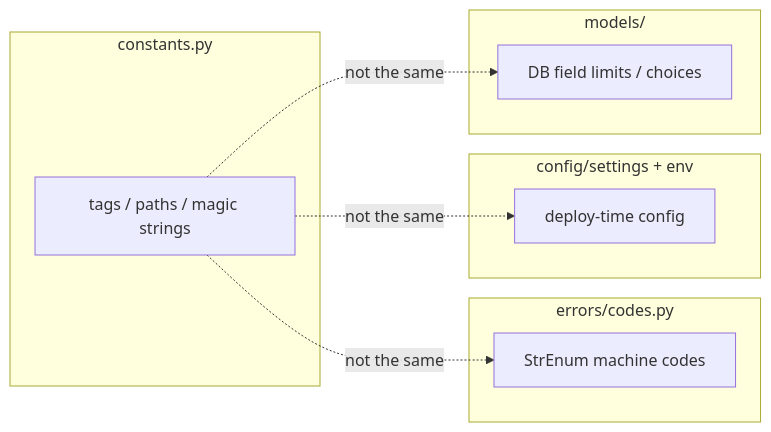
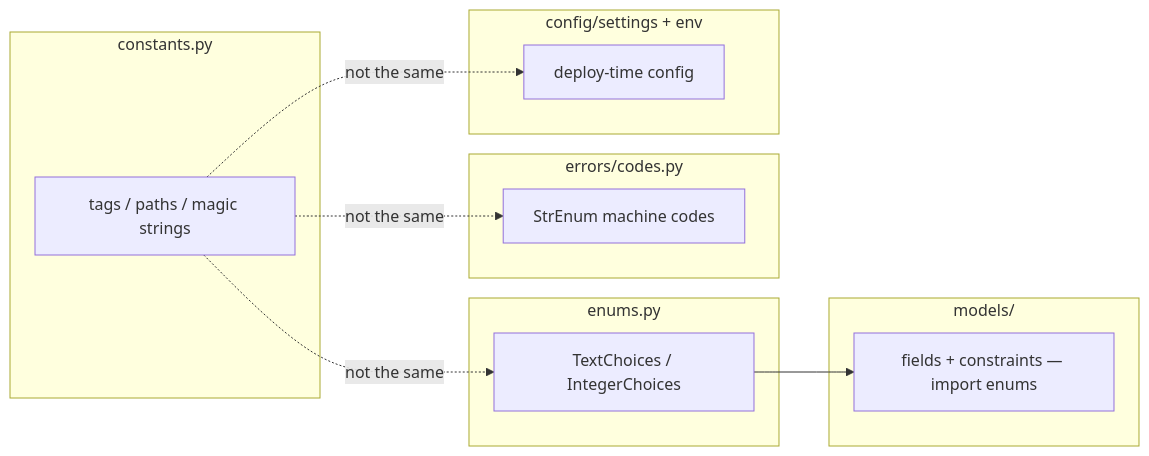
One commit to alidanial7/django-style-guide changed the diagram in {{cookiecutter.project_name}}/docs/style-guide/layers/constants.md. Above: the diagram before and after it, drawn with Mermaid. The commit also changed other lines of this file and 9 other files, not shown here.

````diff
--- a/{{cookiecutter.project_name}}/docs/style-guide/layers/constants.md
+++ b/{{cookiecutter.project_name}}/docs/style-guide/layers/constants.md
@@ -213,19 +215,23 @@
 ```mermaid
 flowchart LR
     subgraph Constants["constants.py"]
         T[tags / paths / magic strings]
+    end
+    subgraph Enums["enums.py"]
+        C[TextChoices / IntegerChoices]
     end
     subgraph Errors["errors/codes.py"]
         E[StrEnum machine codes]
     end
     subgraph Settings["config/settings + env"]
         S[deploy-time config]
     end
     subgraph Models["models/"]
-        M[DB field limits / choices]
+        M[fields + constraints — import enums]
     end
 
     T -.->|not the same| E
     T -.->|not the same| S
-    T -.->|not the same| M
+    T -.->|not the same| C
+    C --> M
 ```
````
